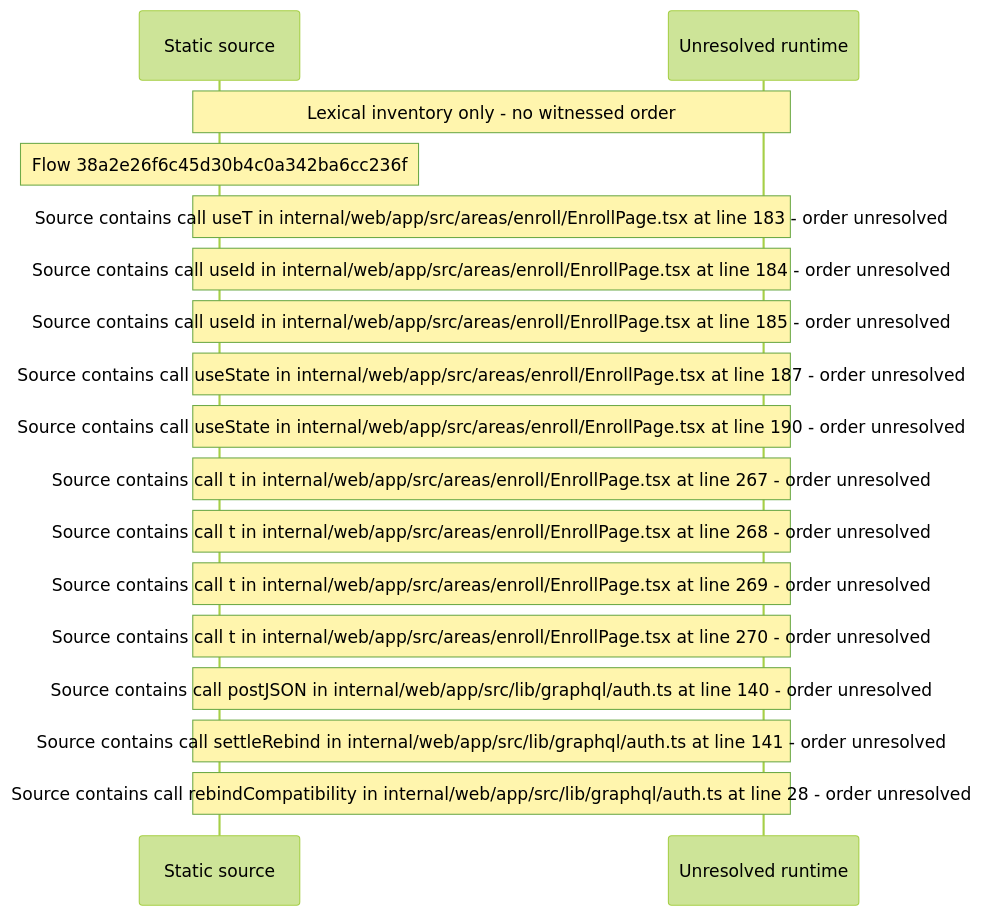
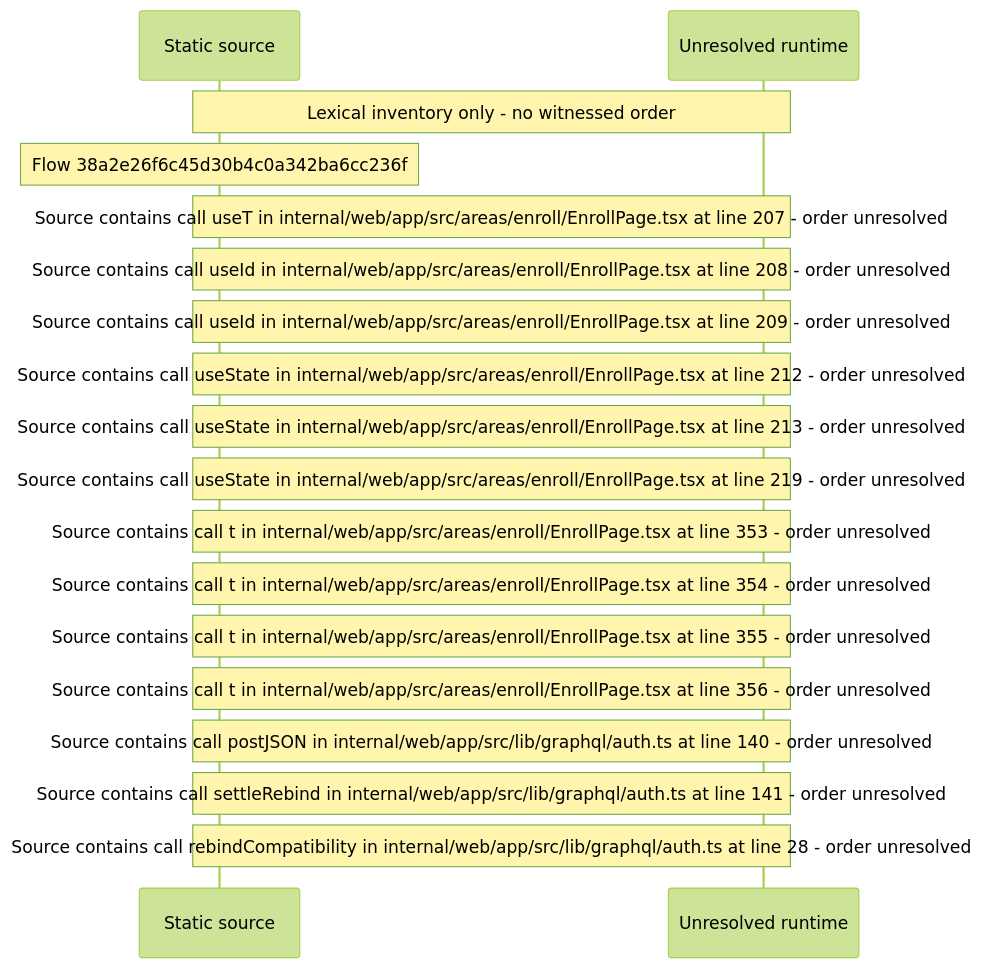
Before and after one commit to beamfall/core: the diagram in docs/web/flows/generated/38a2e26f6c45d30b4c0a342ba6cc236f/flow-diagram.md, drawn with Mermaid (forest theme). The commit also changed other lines of this file and 714 other files, not shown here.

Commit message:
Regenerate the web flow record on the batch 5 head (CORE-1762)

````diff
--- a/docs/web/flows/generated/38a2e26f6c45d30b4c0a342ba6cc236f/flow-diagram.md
+++ b/docs/web/flows/generated/38a2e26f6c45d30b4c0a342ba6cc236f/flow-diagram.md
@@ -10,19 +10,20 @@
 ```mermaid
 sequenceDiagram
     participant S as Static source
     participant U as Unresolved runtime
     Note over S,U: Lexical inventory only - no witnessed order
     Note over S: Flow 38a2e26f6c45d30b4c0a342ba6cc236f
-    Note over S,U: Source contains call useT in internal/web/app/src/areas/enroll/EnrollPage.tsx at line 183 - order unresolved
-    Note over S,U: Source contains call useId in internal/web/app/src/areas/enroll/EnrollPage.tsx at line 184 - order unresolved
-    Note over S,U: Source contains call useId in internal/web/app/src/areas/enroll/EnrollPage.tsx at line 185 - order unresolved
-    Note over S,U: Source contains call useState in internal/web/app/src/areas/enroll/EnrollPage.tsx at line 187 - order unresolved
-    Note over S,U: Source contains call useState in internal/web/app/src/areas/enroll/EnrollPage.tsx at line 190 - order unresolved
-    Note over S,U: Source contains call t in internal/web/app/src/areas/enroll/EnrollPage.tsx at line 267 - order unresolved
-    Note over S,U: Source contains call t in internal/web/app/src/areas/enroll/EnrollPage.tsx at line 268 - order unresolved
-    Note over S,U: Source contains call t in internal/web/app/src/areas/enroll/EnrollPage.tsx at line 269 - order unresolved
-    Note over S,U: Source contains call t in internal/web/app/src/areas/enroll/EnrollPage.tsx at line 270 - order unresolved
+    Note over S,U: Source contains call useT in internal/web/app/src/areas/enroll/EnrollPage.tsx at line 207 - order unresolved
+    Note over S,U: Source contains call useId in internal/web/app/src/areas/enroll/EnrollPage.tsx at line 208 - order unresolved
+    Note over S,U: Source contains call useId in internal/web/app/src/areas/enroll/EnrollPage.tsx at line 209 - order unresolved
+    Note over S,U: Source contains call useState in internal/web/app/src/areas/enroll/EnrollPage.tsx at line 212 - order unresolved
+    Note over S,U: Source contains call useState in internal/web/app/src/areas/enroll/EnrollPage.tsx at line 213 - order unresolved
+    Note over S,U: Source contains call useState in internal/web/app/src/areas/enroll/EnrollPage.tsx at line 219 - order unresolved
+    Note over S,U: Source contains call t in internal/web/app/src/areas/enroll/EnrollPage.tsx at line 353 - order unresolved
+    Note over S,U: Source contains call t in internal/web/app/src/areas/enroll/EnrollPage.tsx at line 354 - order unresolved
+    Note over S,U: Source contains call t in internal/web/app/src/areas/enroll/EnrollPage.tsx at line 355 - order unresolved
+    Note over S,U: Source contains call t in internal/web/app/src/areas/enroll/EnrollPage.tsx at line 356 - order unresolved
     Note over S,U: Source contains call postJSON in internal/web/app/src/lib/graphql/auth.ts at line 140 - order unresolved
     Note over S,U: Source contains call settleRebind in internal/web/app/src/lib/graphql/auth.ts at line 141 - order unresolved
     Note over S,U: Source contains call rebindCompatibility in internal/web/app/src/lib/graphql/auth.ts at line 28 - order unresolved
 ```
````
